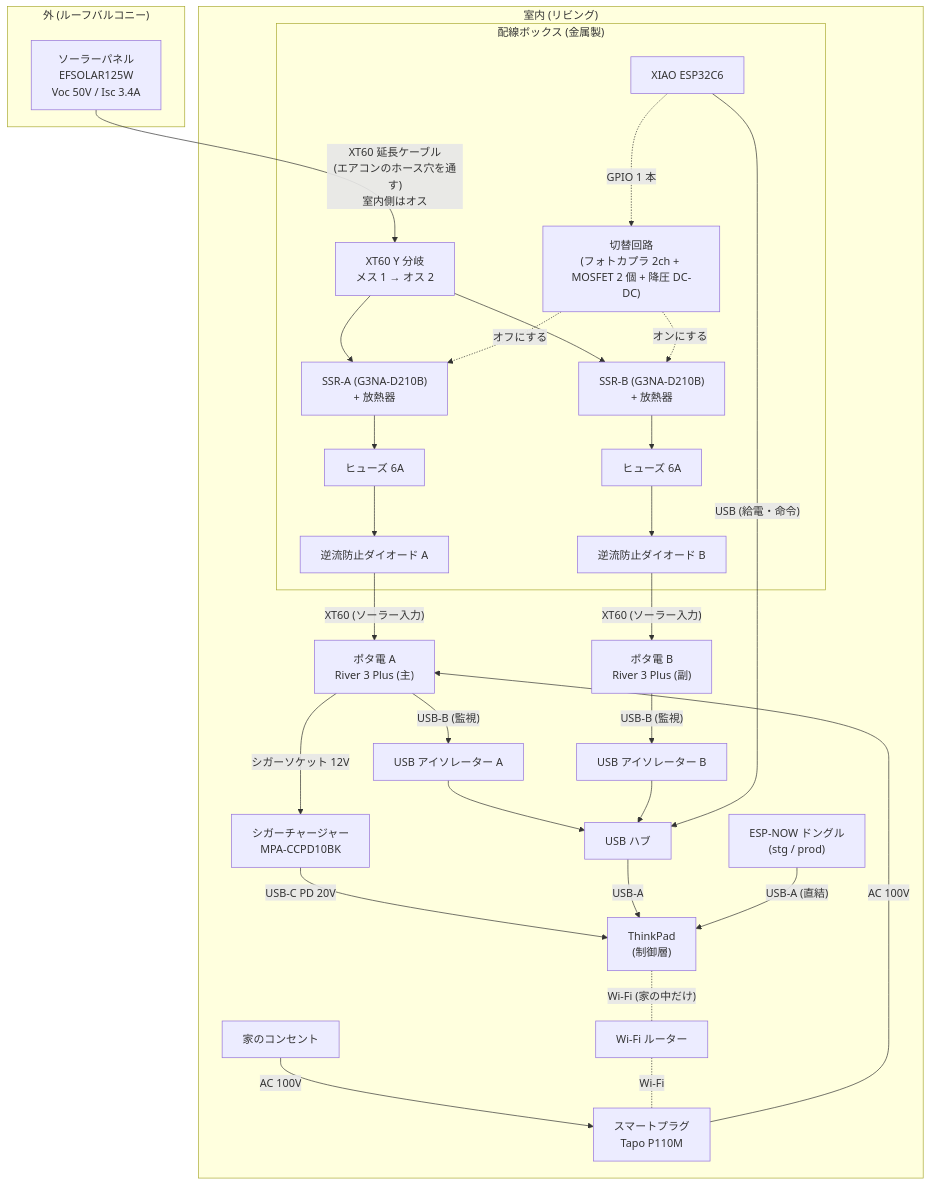
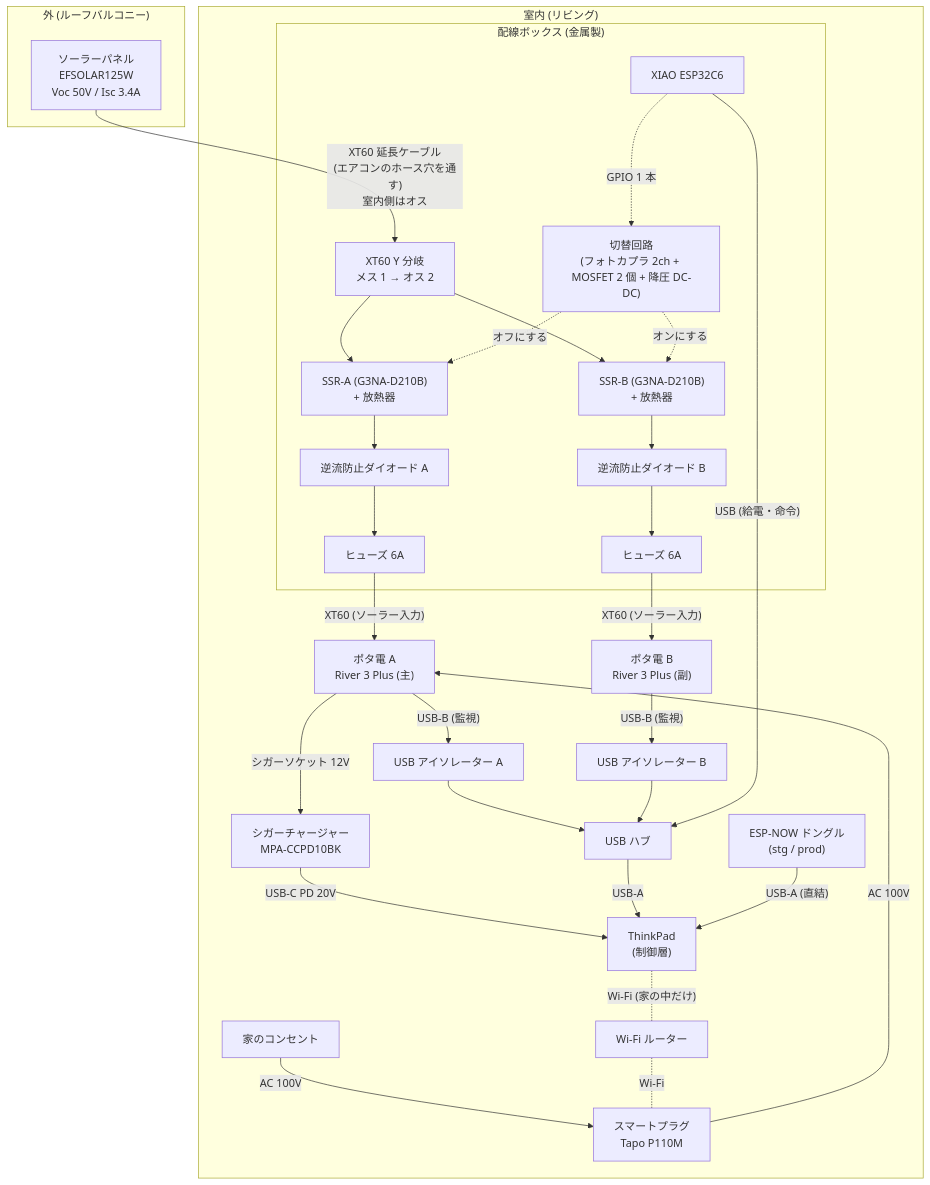
The first of 2 diagrams in docs/3_PowerSystem/01_電源システム設計.md (junkei-okinawa/FarmVerse), drawn with Mermaid before and after one commit. The commit also changed other lines of this file, not shown here.

````diff
--- a/docs/3_PowerSystem/01_電源システム設計.md
+++ b/docs/3_PowerSystem/01_電源システム設計.md
@@ -37,51 +37,51 @@
 ```mermaid
 flowchart TB
     subgraph OUT["外 (ルーフバルコニー)"]
         PV["ソーラーパネル<br/>EFSOLAR125W<br/>Voc 50V / Isc 3.4A"]
     end
 
     PV -- "XT60 延長ケーブル<br/>(エアコンのホース穴を通す)<br/>室内側はオス" --> Y
 
     subgraph IN["室内 (リビング)"]
         subgraph BOX["配線ボックス (金属製)"]
             Y["XT60 Y 分岐<br/>メス 1 → オス 2"]
             SSRA["SSR-A (G3NA-D210B)<br/>+ 放熱器"]
             SSRB["SSR-B (G3NA-D210B)<br/>+ 放熱器"]
             FA["ヒューズ 6A"]
             FB["ヒューズ 6A"]
             DA["逆流防止ダイオード A"]
             DB["逆流防止ダイオード B"]
             CTRL["切替回路<br/>(フォトカプラ 2ch + MOSFET 2 個 + 降圧 DC-DC)"]
             ESP["XIAO ESP32C6"]
         end
 
         A["ポタ電 A<br/>River 3 Plus (主)"]
         B["ポタ電 B<br/>River 3 Plus (副)"]
         TP["ThinkPad<br/>(制御層)"]
         HUB["USB ハブ"]
         ISOA["USB アイソレーター A"]
         ISOB["USB アイソレーター B"]
         CC["シガーチャージャー<br/>MPA-CCPD10BK"]
         P1["スマートプラグ<br/>Tapo P110M"]
         WALL["家のコンセント"]
         WIFI["Wi-Fi ルーター"]
         DONGLE["ESP-NOW ドングル<br/>(stg / prod)"]
     end
 
-    Y --> SSRA --> FA --> DA -- "XT60 (ソーラー入力)" --> A
-    Y --> SSRB --> FB --> DB -- "XT60 (ソーラー入力)" --> B
+    Y --> SSRA --> DA --> FA -- "XT60 (ソーラー入力)" --> A
+    Y --> SSRB --> DB --> FB -- "XT60 (ソーラー入力)" --> B
 
     A -- "シガーソケット 12V" --> CC -- "USB-C PD 20V" --> TP
     WALL -- "AC 100V" --> P1 -- "AC 100V" --> A
 
     A -- "USB-B (監視)" --> ISOA --> HUB
     B -- "USB-B (監視)" --> ISOB --> HUB
     ESP -- "USB (給電・命令)" --> HUB
     HUB -- "USB-A" --> TP
     DONGLE -- "USB-A (直結)" --> TP
 
     ESP -. "GPIO 1 本" .-> CTRL
     CTRL -. "オフにする" .-> SSRA
     CTRL -. "オンにする" .-> SSRB
     TP -. "Wi-Fi (家の中だけ)" .- WIFI -. "Wi-Fi" .- P1
 ```
````
